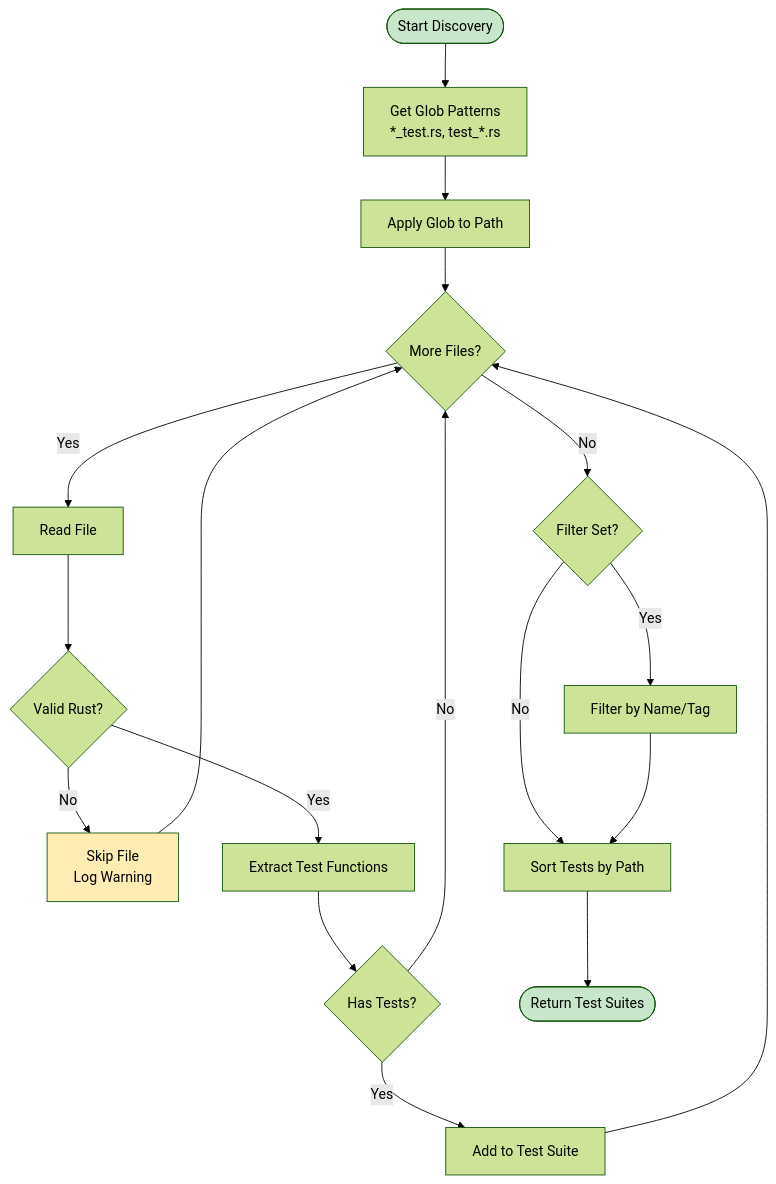
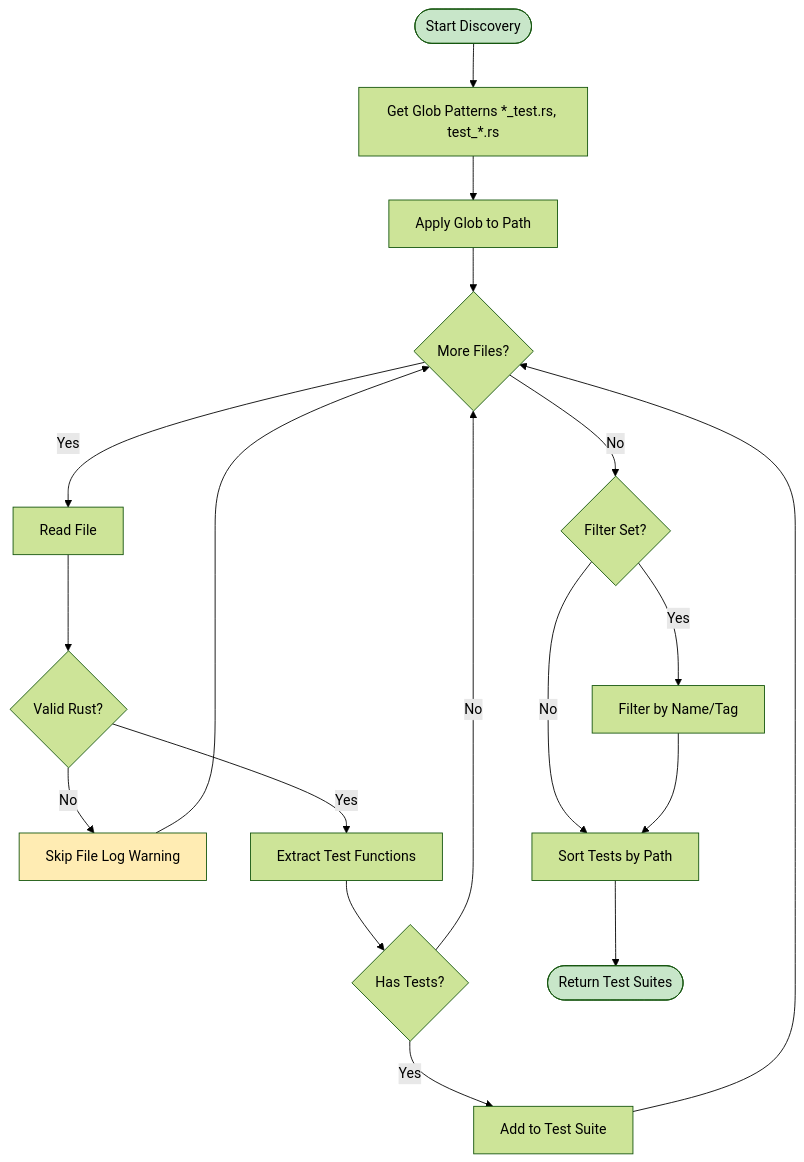
The fourth of 16 diagrams in wiki/Sequences.md (softwarewrighter/ui-test-rs), drawn with Mermaid (forest theme) before and after one commit. The commit also changed other lines of this file and 10 other files, not shown here.

First line of the commit message:
Fix wiki Mermaid diagrams: remove <br/> tags

````diff
--- a/wiki/Sequences.md
+++ b/wiki/Sequences.md
@@ -138,39 +138,39 @@
 ```mermaid
 flowchart TB
     Start([Start Discovery])
-    GetPatterns[Get Glob Patterns<br/>*_test.rs, test_*.rs]
+    GetPatterns[Get Glob Patterns *_test.rs, test_*.rs]
     GlobFiles[Apply Glob to Path]
     MoreFiles{More Files?}
     ReadFile[Read File]
     ValidRust{Valid Rust?}
-    SkipFile[Skip File<br/>Log Warning]
+    SkipFile[Skip File Log Warning]
     ParseTests[Extract Test Functions]
     HasTests{Has Tests?}
     AddSuite[Add to Test Suite]
     ApplyFilter{Filter Set?}
     FilterTests[Filter by Name/Tag]
     SortTests[Sort Tests by Path]
     Done([Return Test Suites])
 
     Start --> GetPatterns
     GetPatterns --> GlobFiles
     GlobFiles --> MoreFiles
     MoreFiles -->|Yes| ReadFile
     MoreFiles -->|No| ApplyFilter
     ReadFile --> ValidRust
     ValidRust -->|No| SkipFile
     ValidRust -->|Yes| ParseTests
     SkipFile --> MoreFiles
     ParseTests --> HasTests
     HasTests -->|No| MoreFiles
     HasTests -->|Yes| AddSuite
     AddSuite --> MoreFiles
     ApplyFilter -->|Yes| FilterTests
     ApplyFilter -->|No| SortTests
     FilterTests --> SortTests
     SortTests --> Done
 
     style Start fill:#c8e6c9
     style SkipFile fill:#ffecb3
     style Done fill:#c8e6c9
 ```
````
